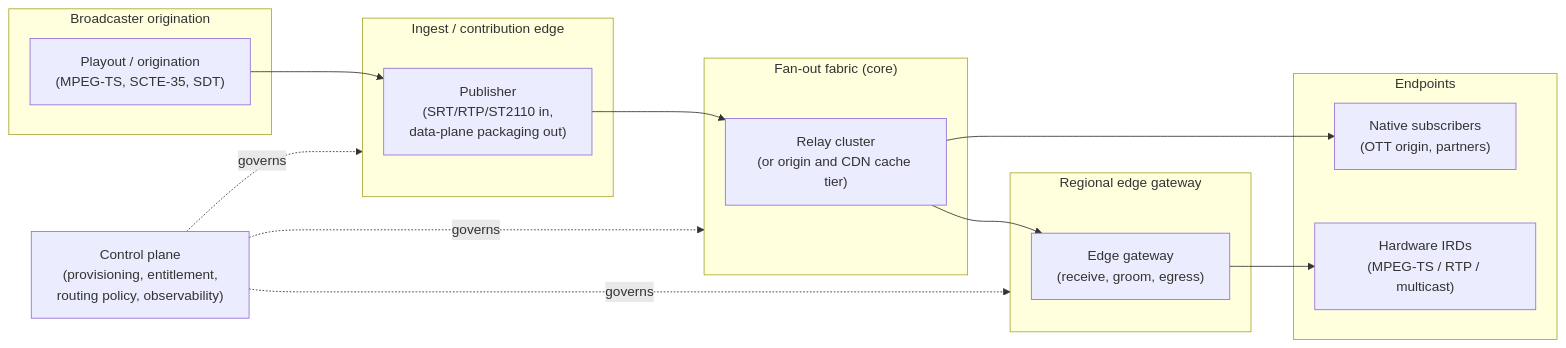
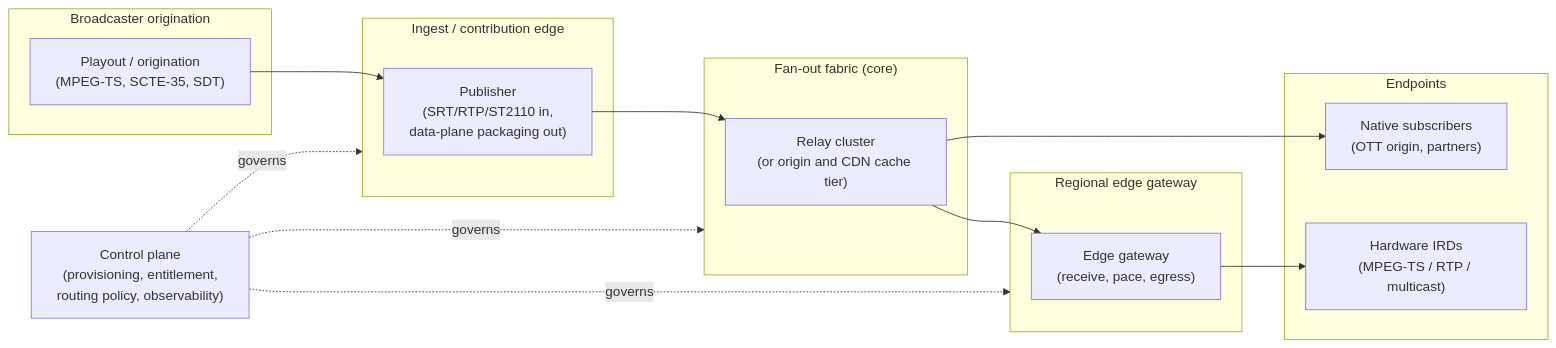
The first of 4 diagrams in docs/architecture.md (tdrapier-wbd/moq-mpegts-paper), drawn with Mermaid before and after one commit. The commit also changed other lines of this file and 72 other files, not shown here.

````diff
--- a/docs/architecture.md
+++ b/docs/architecture.md
@@ -101,33 +101,33 @@
 ```mermaid
 flowchart LR
     subgraph Origination["Broadcaster origination"]
         SRC["Playout / origination\n(MPEG-TS, SCTE-35, SDT)"]
     end
 
     subgraph Ingest["Ingest / contribution edge"]
         PUB["Publisher\n(SRT/RTP/ST2110 in,\ndata-plane packaging out)"]
     end
 
     subgraph Fabric["Fan-out fabric (core)"]
         R1["Relay cluster\n(or origin and CDN cache tier)"]
     end
 
     subgraph Edge["Regional edge gateway"]
-        GW["Edge gateway\n(receive, groom, egress)"]
+        GW["Edge gateway\n(receive, pace, egress)"]
     end
 
     subgraph Endpoints["Endpoints"]
         NSUB["Native subscribers\n(OTT origin, partners)"]
         IRD["Hardware IRDs\n(MPEG-TS / RTP / multicast)"]
     end
 
     CP["Control plane\n(provisioning, entitlement,\nrouting policy, observability)"]
 
     SRC --> PUB --> R1
     R1 --> NSUB
     R1 --> GW --> IRD
 
     CP -. governs .-> Ingest
     CP -. governs .-> Fabric
     CP -. governs .-> Edge
 ```
````
